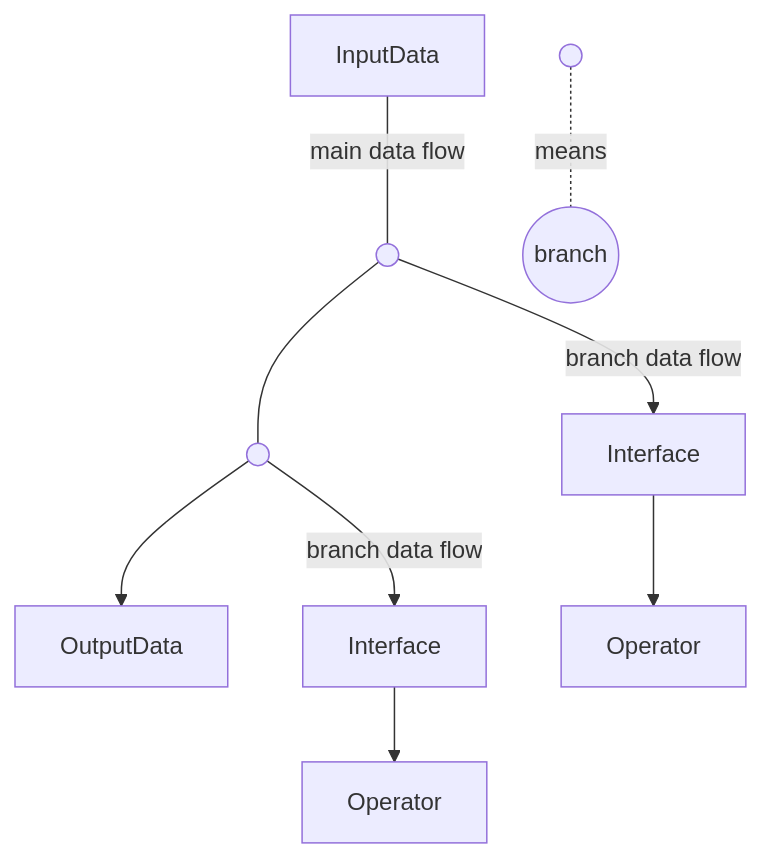
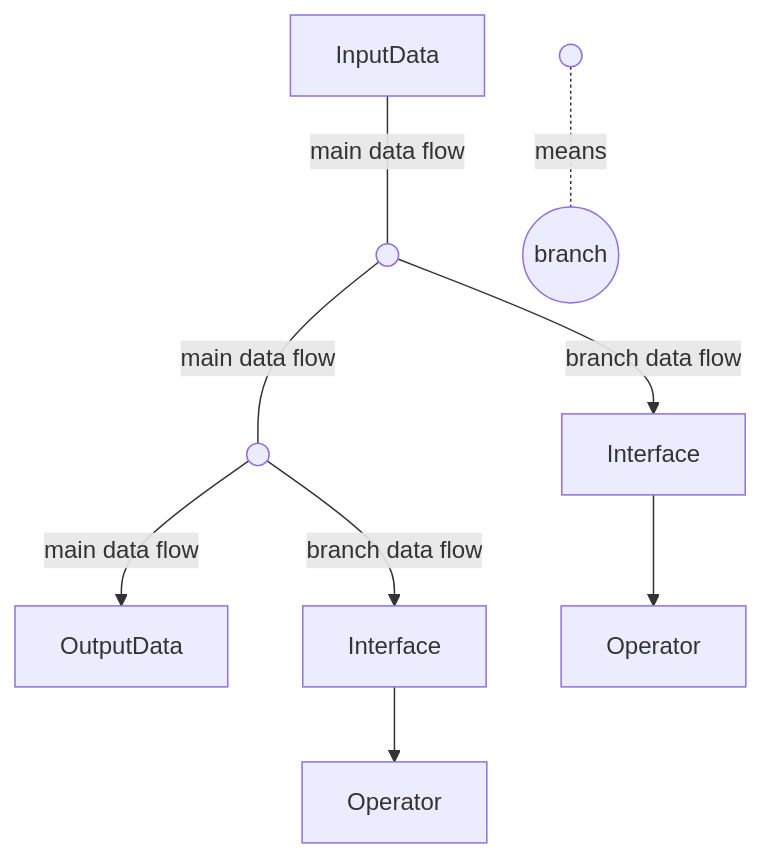
Before and after one commit to windwhiterain/Elf: the second of 14 diagrams in readme.md, drawn with Mermaid. The commit also changed other lines of this file, not shown here.

````diff
--- a/readme.md
+++ b/readme.md
@@ -53,7 +53,7 @@
 ```mermaid
 graph TB
-    in[InputData]--main data flow---d1(( ))---d2(( ))-->out[OutputData]
+    in[InputData]--main data flow---d1(( ))--main data flow---d2(( ))--main data flow-->out[OutputData]
     d1--branch data flow-->i1[Interface]-->op1[Operator]
     d2--branch data flow-->i2[Interface]-->op2[Operator]
     d3(( ))-.means.-d4((branch))
 ```
````
